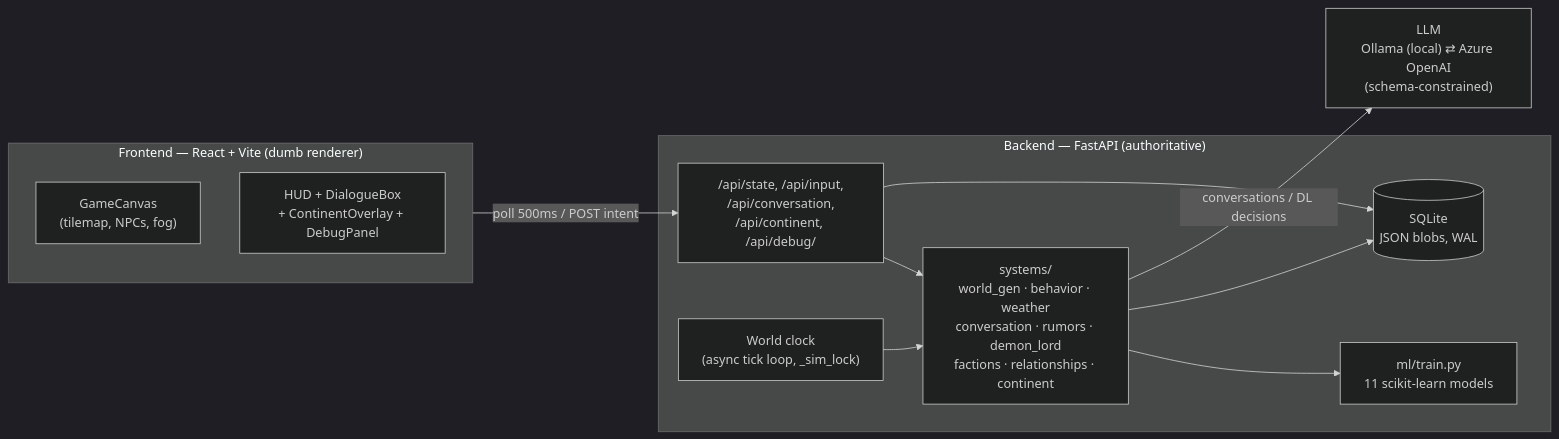
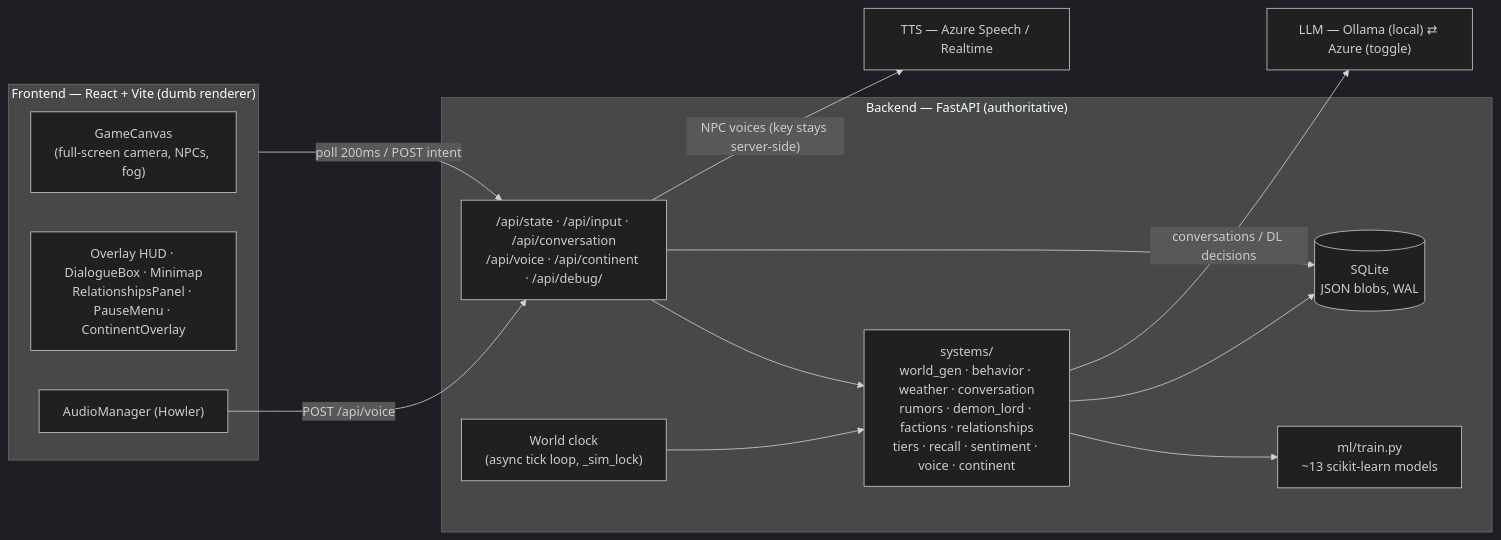
Before and after one commit to HadiKanaan/chronicle: the diagram in chronicle/README.md, drawn with Mermaid (dark theme). The commit also changed other lines of this file and 2 other files, not shown here.

````diff
--- a/chronicle/README.md
+++ b/chronicle/README.md
@@ -17,25 +21,29 @@
 ```mermaid
 flowchart LR
   subgraph FE["Frontend — React + Vite (dumb renderer)"]
-    GC["GameCanvas\n(tilemap, NPCs, fog)"]
-    HUD["HUD + DialogueBox\n+ ContinentOverlay + DebugPanel"]
+    GC["GameCanvas\n(full-screen camera, NPCs, fog)"]
+    HUD["Overlay HUD · DialogueBox · Minimap\nRelationshipsPanel · PauseMenu · ContinentOverlay"]
+    AUD["AudioManager (Howler)"]
   end
 
   subgraph BE["Backend — FastAPI (authoritative)"]
-    API["/api/state, /api/input,\n/api/conversation,\n/api/continent, /api/debug/"]
+    API["/api/state · /api/input · /api/conversation\n/api/voice · /api/continent · /api/debug/"]
     TICK["World clock\n(async tick loop, _sim_lock)"]
-    SYS["systems/\nworld_gen · behavior · weather\nconversation · rumors · demon_lord\nfactions · relationships · continent"]
-    ML["ml/train.py\n11 scikit-learn models"]
+    SYS["systems/\nworld_gen · behavior · weather · conversation\nrumors · demon_lord · factions · relationships\ntiers · recall · sentiment · voice · continent"]
+    ML["ml/train.py\n~13 scikit-learn models"]
     DB[("SQLite\nJSON blobs, WAL")]
   end
 
-  LLM["LLM\nOllama (local) ⇄ Azure OpenAI\n(schema-constrained)"]
+  LLM["LLM — Ollama (local) ⇄ Azure (toggle)"]
+  TTS["TTS — Azure Speech / Realtime"]
 
-  FE -- "poll 500ms / POST intent" --> API
+  FE -- "poll 200ms / POST intent" --> API
+  AUD -- "POST /api/voice" --> API
   API --> SYS
   TICK --> SYS
   SYS --> ML
   SYS --> DB
   API --> DB
   SYS -- "conversations / DL decisions" --> LLM
+  API -- "NPC voices (key stays server-side)" --> TTS
 ```
````
